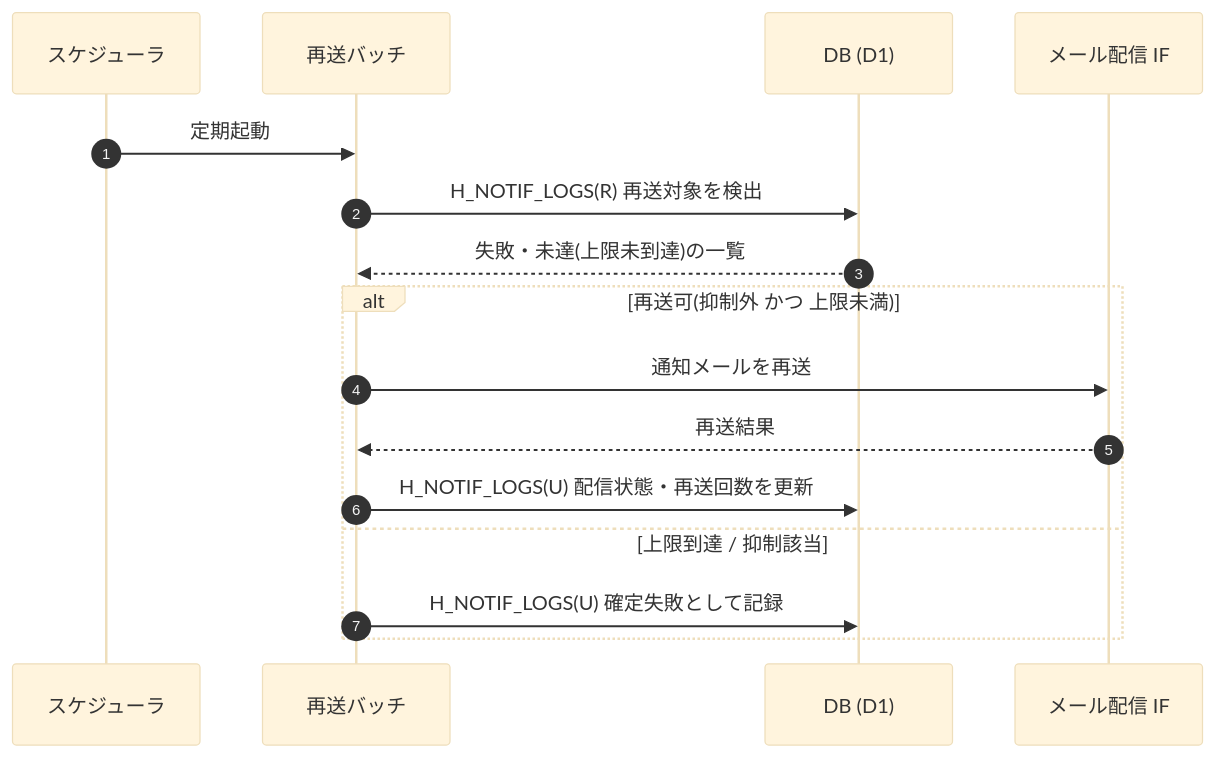
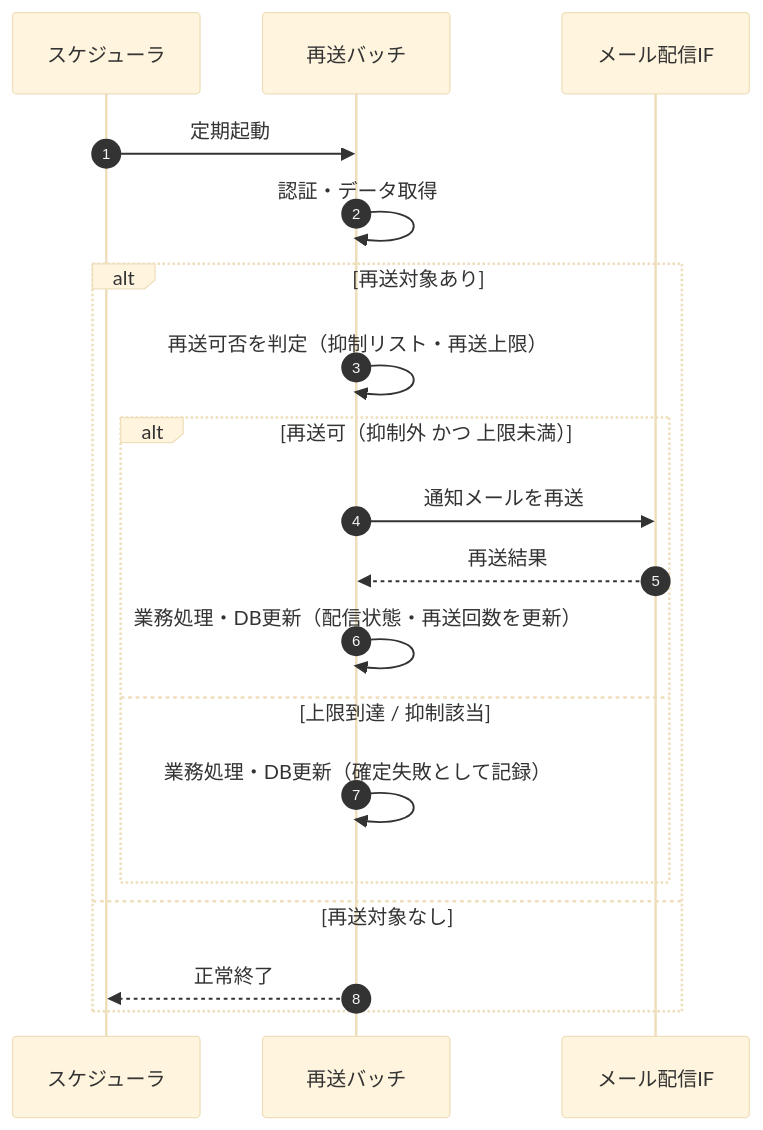
One commit to sikakou54/open-faq changed the diagram in 02_basic_design/05_sequences/SEQ-098.md. Above: the diagram before and after it, drawn with Mermaid (base theme). The commit also changed other lines of this file and 108 other files, not shown here.

First line of the commit message:
基本設計: シーケンス図を基本設計粒度(ユーザー/画面/サーバー)へ再編成

````diff
--- a/02_basic_design/05_sequences/SEQ-098.md
+++ b/02_basic_design/05_sequences/SEQ-098.md
@@ -25,18 +32,21 @@
 ```mermaid
 sequenceDiagram
   autonumber
   participant SCH as スケジューラ
   participant B as 再送バッチ
-  participant DB as DB (D1)
-  participant MAIL as メール配信 IF
+  participant MAIL as メール配信IF
   SCH->>B: 定期起動
-  B->>DB: H_NOTIF_LOGS(R) 再送対象を検出
-  DB-->>B: 失敗・未達(上限未到達)の一覧
-  alt 再送可(抑制外 かつ 上限未満)
-    B->>MAIL: 通知メールを再送
-    MAIL-->>B: 再送結果
-    B->>DB: H_NOTIF_LOGS(U) 配信状態・再送回数を更新
-  else 上限到達 / 抑制該当
-    B->>DB: H_NOTIF_LOGS(U) 確定失敗として記録
+  B->>B: 認証・データ取得
+  alt 再送対象あり
+    B->>B: 再送可否を判定（抑制リスト・再送上限）
+    alt 再送可（抑制外 かつ 上限未満）
+      B->>MAIL: 通知メールを再送
+      MAIL-->>B: 再送結果
+      B->>B: 業務処理・DB更新（配信状態・再送回数を更新）
+    else 上限到達 / 抑制該当
+      B->>B: 業務処理・DB更新（確定失敗として記録）
+    end
+  else 再送対象なし
+    B-->>SCH: 正常終了
   end
 ```
````
